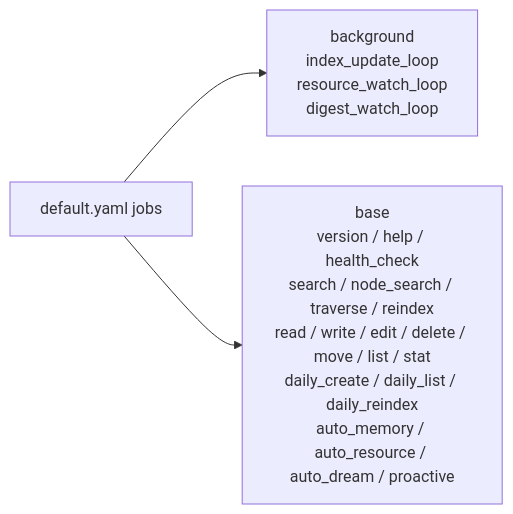
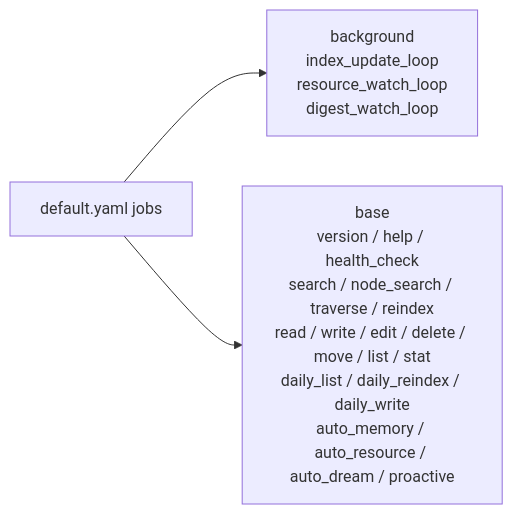
Before and after one commit to lllyyysss77/ReMe: the tenth of 13 diagrams in docs/zh/framework.md, drawn with Mermaid. The commit also changed 24 other files, not shown here.

First line of the commit message:
feat(mem): Enhance daily note system with metadata handling and write functionality (#295)

````diff
--- a/docs/zh/framework.md
+++ b/docs/zh/framework.md
@@ -363,5 +363,5 @@
 ```mermaid
 flowchart LR
     Jobs["default.yaml jobs"] --> BG["background<br/>index_update_loop<br/>resource_watch_loop<br/>digest_watch_loop"]
-    Jobs --> Base["base<br/>version / help / health_check<br/>search / node_search / traverse / reindex<br/>read / write / edit / delete / move / list / stat<br/>daily_create / daily_list / daily_reindex<br/>auto_memory / auto_resource / auto_dream / proactive"]
+    Jobs --> Base["base<br/>version / help / health_check<br/>search / node_search / traverse / reindex<br/>read / write / edit / delete / move / list / stat<br/>daily_list / daily_reindex / daily_write<br/>auto_memory / auto_resource / auto_dream / proactive"]
 ```
````
